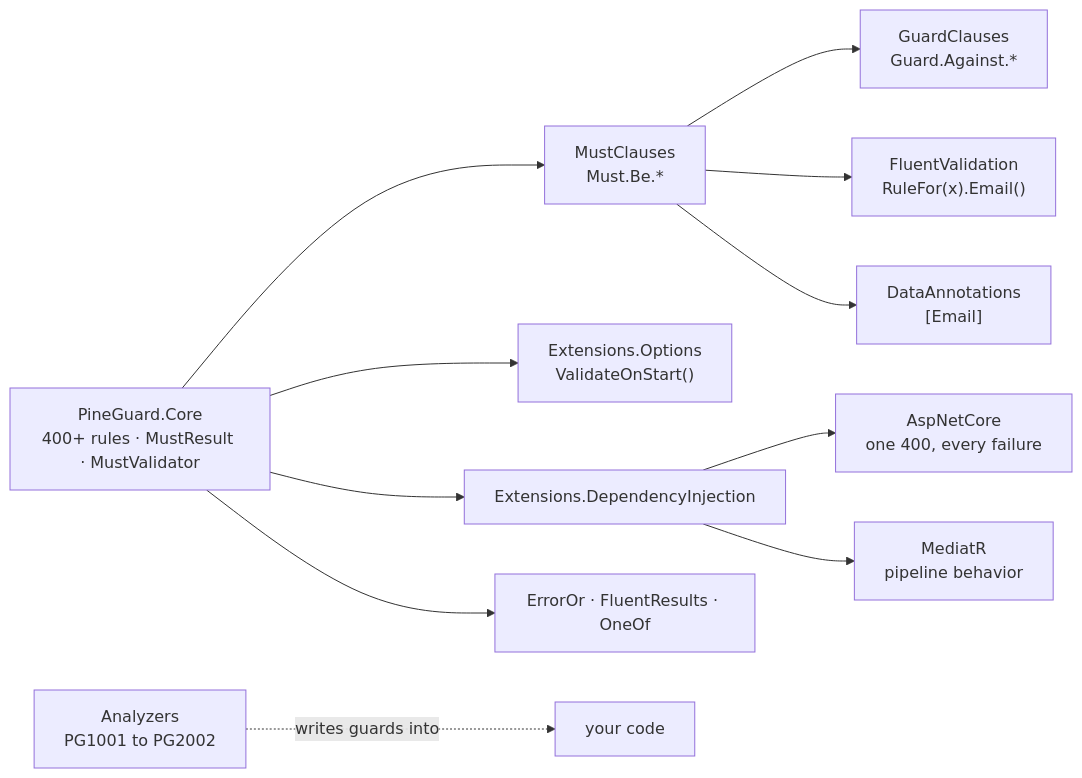
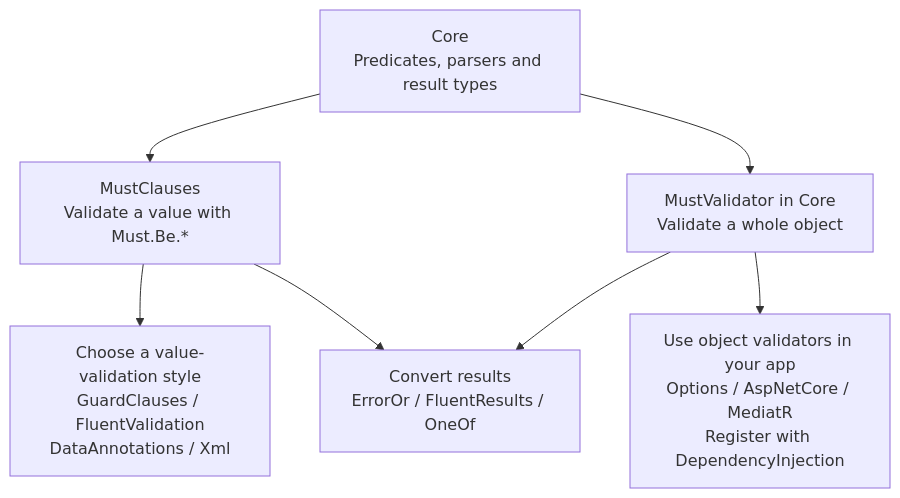
One commit to stevomccormack/PineGuard changed the first of 3 diagrams in README.md. Above: the diagram before and after it, drawn with Mermaid. The commit also changed other lines of this file and 5 other files, not shown here.

````diff
--- a/README.md
+++ b/README.md
@@ -83,18 +88,13 @@
 ```mermaid
-flowchart LR
-    Core["PineGuard.Core<br/>400+ rules · MustResult · MustValidator"]
-    Must["MustClauses<br/>Must.Be.*"]
-    Guard["GuardClauses<br/>Guard.Against.*"]
-    Fluent["FluentValidation<br/>RuleFor(x).Email()"]
-    DA["DataAnnotations<br/>[Email]"]
-    Core --> Must
-    Must --> Guard
-    Must --> Fluent
-    Must --> DA
-    Core --> Options["Extensions.Options<br/>ValidateOnStart()"]
-    Core --> DI["Extensions.DependencyInjection"]
-    DI --> Asp["AspNetCore<br/>one 400, every failure"]
-    DI --> Med["MediatR<br/>pipeline behavior"]
-    Core --> Bridges["ErrorOr · FluentResults · OneOf"]
-    Analyzers["Analyzers<br/>PG1001 to PG2002"] -.->|"writes guards into"| You["your code"]
+flowchart TB
+    Core["Core<br/>Predicates, parsers and result types"]
+    Must["MustClauses<br/>Validate a value with Must.Be.*"]
+    Objects["MustValidator in Core<br/>Validate a whole object"]
+    Adapters["Choose a value-validation style<br/>GuardClauses / FluentValidation<br/>DataAnnotations / Xml"]
+    Hosts["Use object validators in your app<br/>Options / AspNetCore / MediatR<br/>Register with DependencyInjection"]
+    Bridges["Convert results<br/>ErrorOr / FluentResults / OneOf"]
+    Core --> Must & Objects
+    Must --> Adapters
+    Objects --> Hosts
+    Must & Objects --> Bridges
 ```
````
